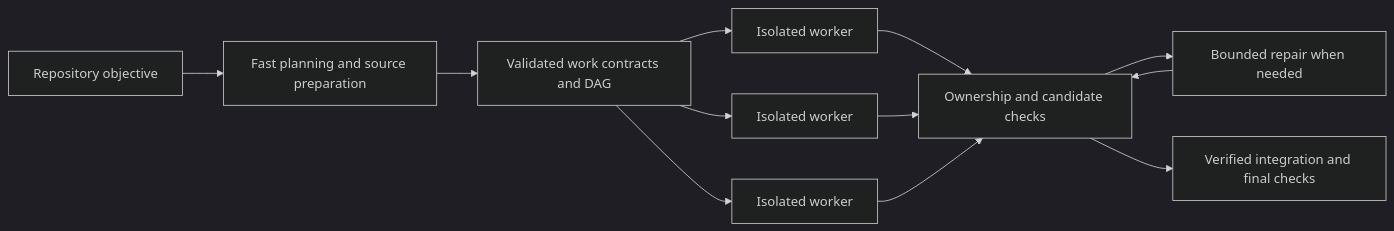
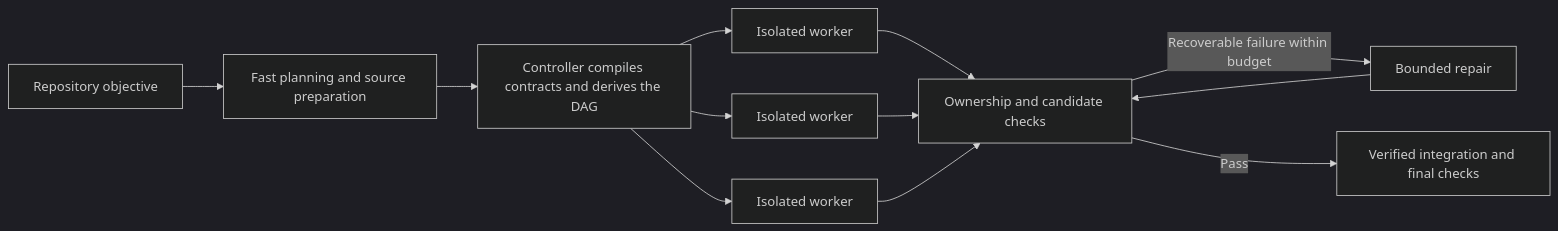
One commit to snehalyelmati/fanout changed the diagram in README.md. Above: the diagram before and after it, drawn with Mermaid (dark theme). The commit also changed other lines of this file and 4 other files, not shown here.

````diff
--- a/README.md
+++ b/README.md
@@ -22,14 +24,14 @@
 ```mermaid
 flowchart LR
   A[Repository objective] --> B[Fast planning and source preparation]
-  B --> C[Validated work contracts and DAG]
+  B --> C[Controller compiles contracts and derives the DAG]
   C --> W1[Isolated worker]
   C --> W2[Isolated worker]
   C --> W3[Isolated worker]
   W1 --> V[Ownership and candidate checks]
   W2 --> V
   W3 --> V
-  V --> R[Bounded repair when needed]
+  V -->|Recoverable failure within budget| R[Bounded repair]
   R --> V
-  V --> I[Verified integration and final checks]
+  V -->|Pass| I[Verified integration and final checks]
 ```
````
